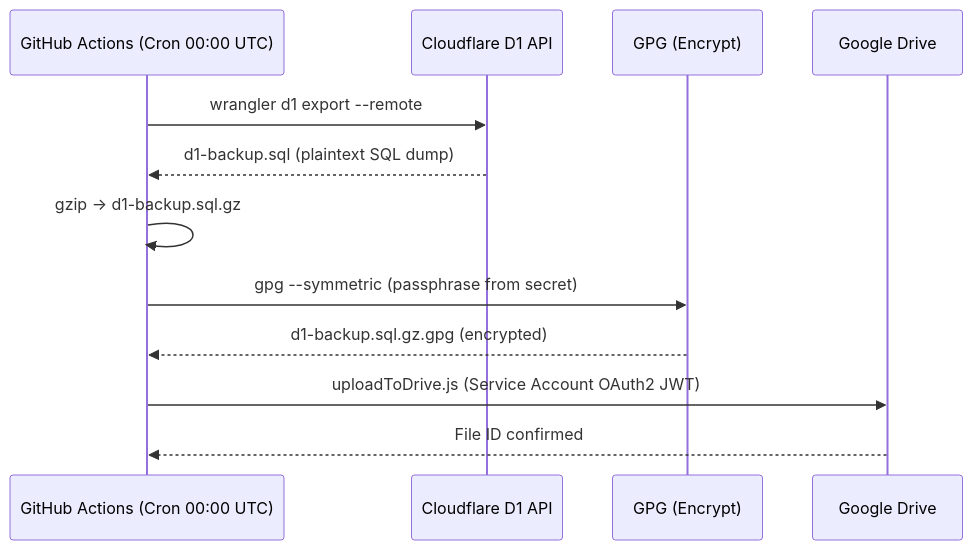
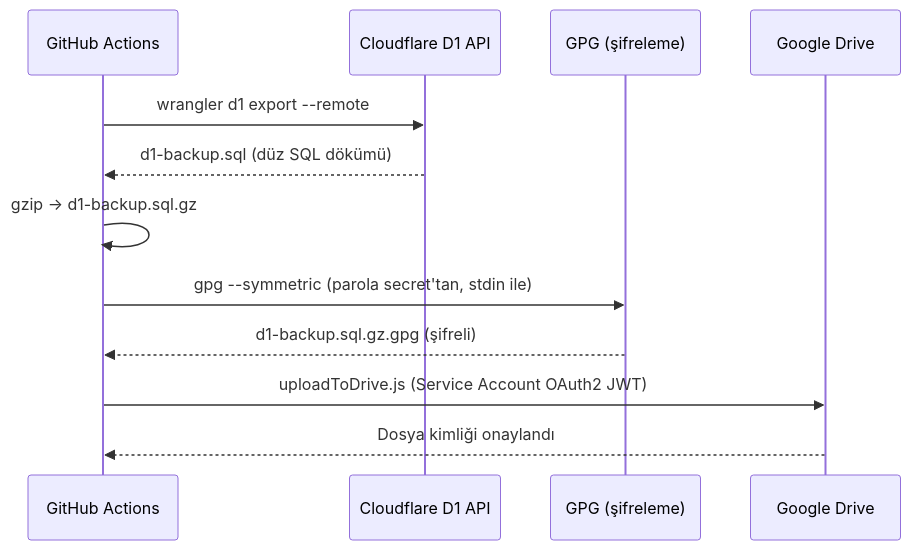
The diagram in docs/google_drive_backup.md (yusufarbc/e-commerce-cloudflare), drawn with Mermaid before and after one commit. The commit also changed other lines of this file and 13 other files, not shown here.

````diff
--- a/docs/google_drive_backup.md
+++ b/docs/google_drive_backup.md
@@ -9,15 +16,15 @@
 ```mermaid
 sequenceDiagram
-    participant GH as GitHub Actions (Cron 00:00 UTC)
+    participant GH as GitHub Actions
     participant CF as Cloudflare D1 API
-    participant GPG as GPG (Encrypt)
+    participant GPG as GPG (şifreleme)
     participant Drive as Google Drive
 
     GH->>CF: wrangler d1 export --remote
-    CF-->>GH: d1-backup.sql (plaintext SQL dump)
+    CF-->>GH: d1-backup.sql (düz SQL dökümü)
     GH->>GH: gzip → d1-backup.sql.gz
-    GH->>GPG: gpg --symmetric (passphrase from secret)
-    GPG-->>GH: d1-backup.sql.gz.gpg (encrypted)
+    GH->>GPG: gpg --symmetric (parola secret'tan, stdin ile)
+    GPG-->>GH: d1-backup.sql.gz.gpg (şifreli)
     GH->>Drive: uploadToDrive.js (Service Account OAuth2 JWT)
-    Drive-->>GH: File ID confirmed
+    Drive-->>GH: Dosya kimliği onaylandı
 ```
````
